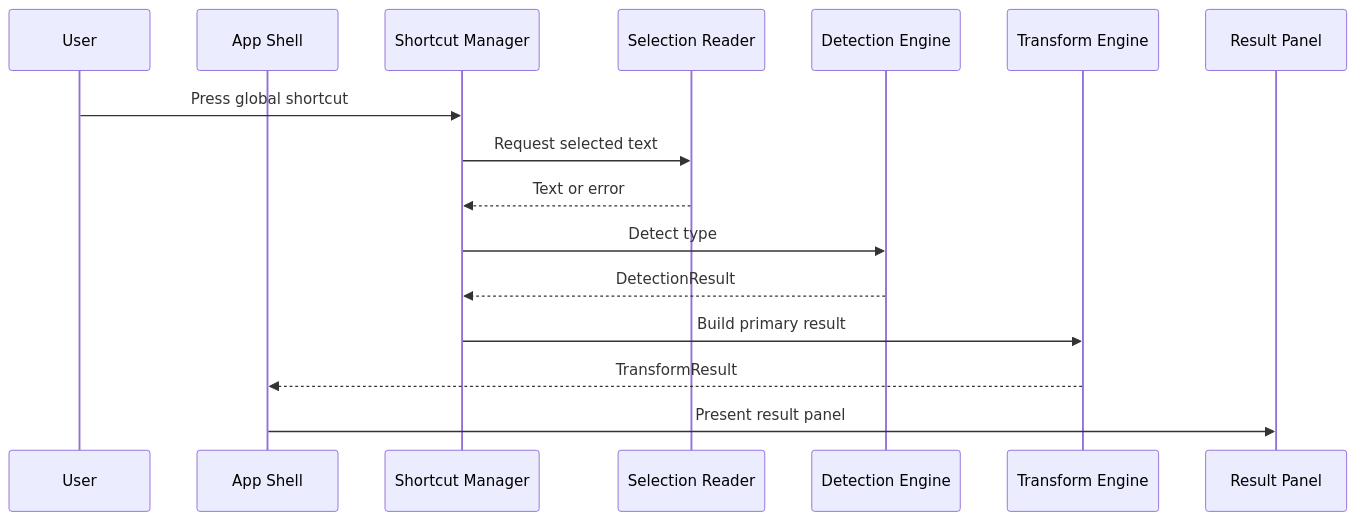
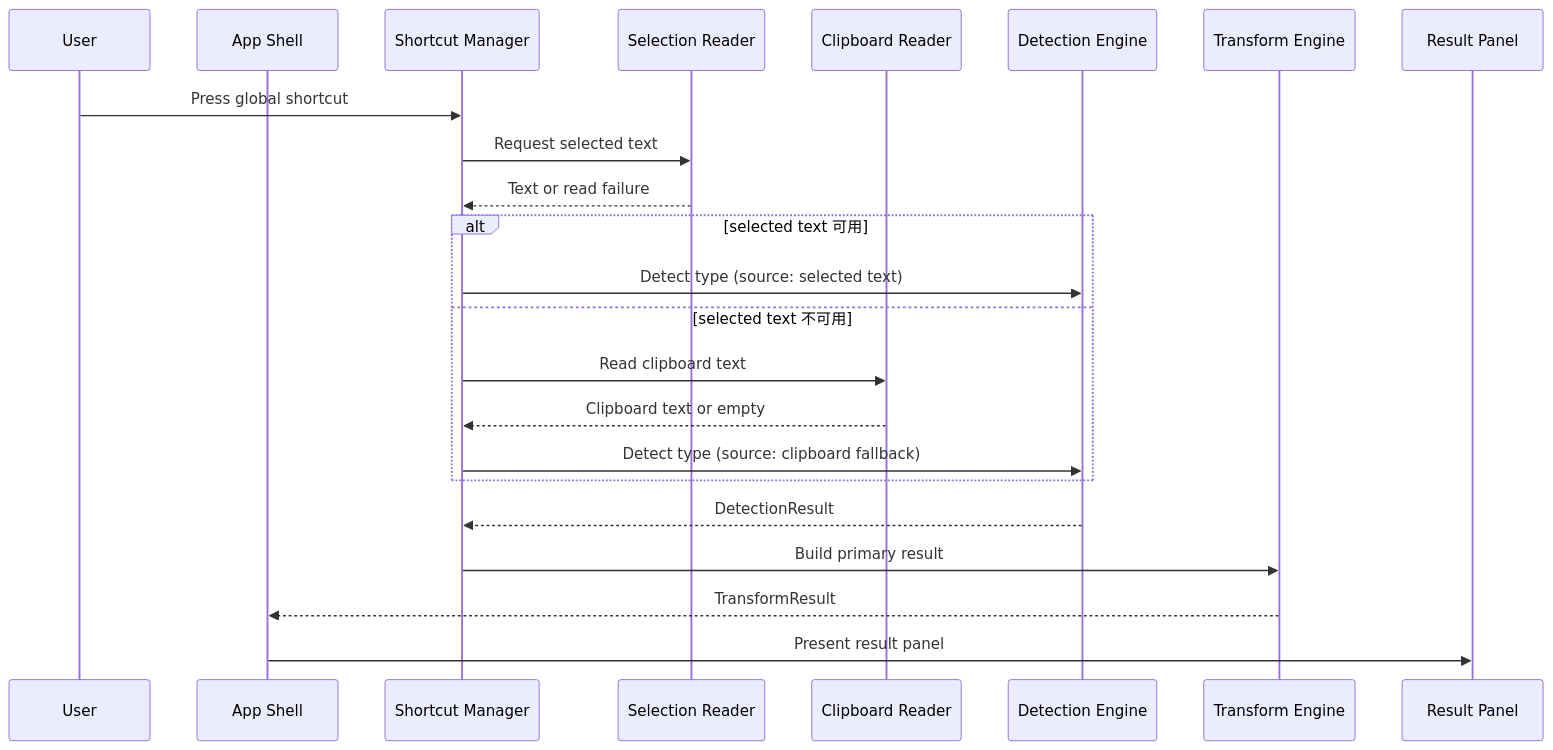
The second of 6 diagrams in docs/interaction/mac-text-actions-interaction-flow.md (SaneHe/mac-tools), drawn with Mermaid before and after one commit. The commit also changed other lines of this file and 13 other files, not shown here.

````diff
--- a/docs/interaction/mac-text-actions-interaction-flow.md
+++ b/docs/interaction/mac-text-actions-interaction-flow.md
@@ -24,19 +29,26 @@
 ```mermaid
 sequenceDiagram
     participant U as User
     participant App as App Shell
     participant S as Shortcut Manager
     participant R as Selection Reader
+    participant C as Clipboard Reader
     participant D as Detection Engine
     participant T as Transform Engine
     participant P as Result Panel
 
     U->>S: Press global shortcut
     S->>R: Request selected text
-    R-->>S: Text or error
-    S->>D: Detect type
+    R-->>S: Text or read failure
+    alt selected text 可用
+        S->>D: Detect type (source: selected text)
+    else selected text 不可用
+        S->>C: Read clipboard text
+        C-->>S: Clipboard text or empty
+        S->>D: Detect type (source: clipboard fallback)
+    end
     D-->>S: DetectionResult
     S->>T: Build primary result
     T-->>App: TransformResult
     App->>P: Present result panel
 ```
````
